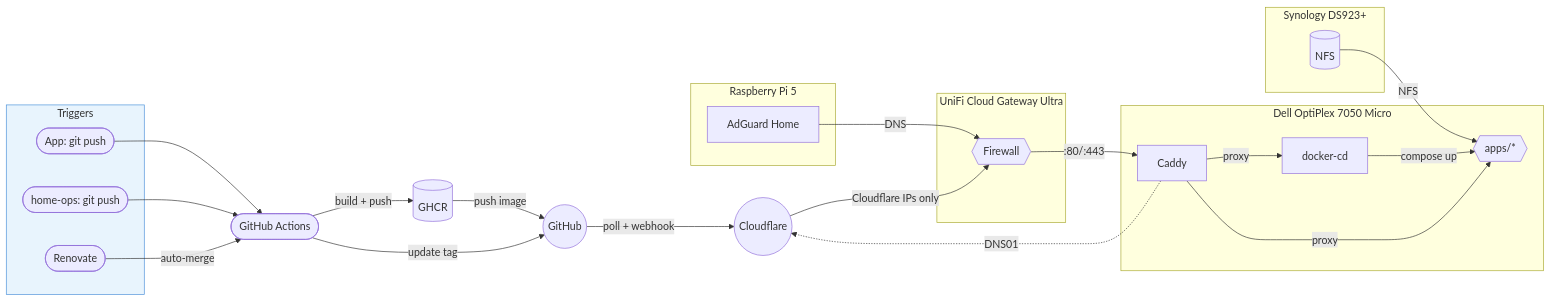
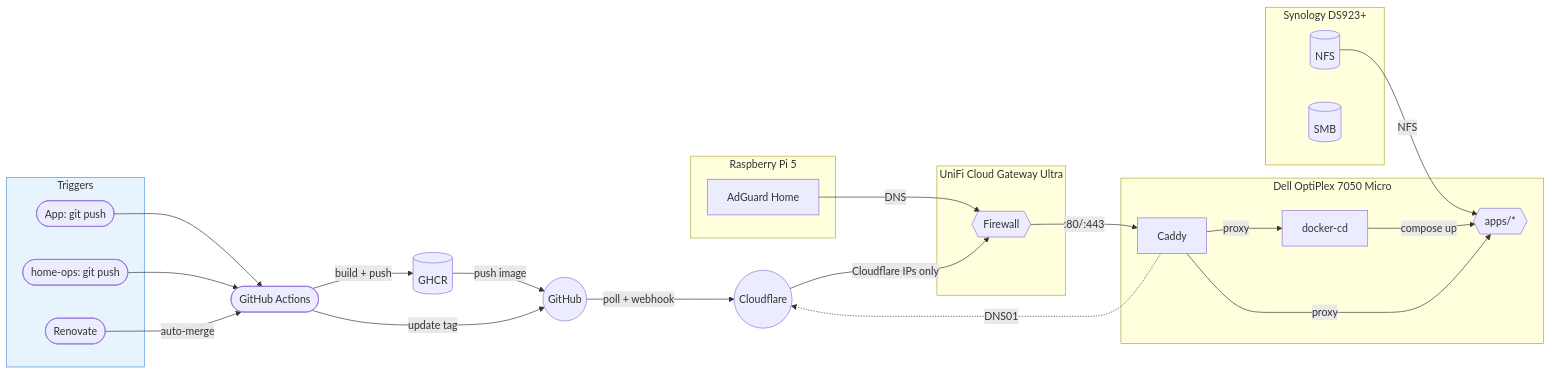
Before and after one commit to wajeht/home-ops: the diagram in README.md, drawn with Mermaid.

Commit message:
docs: add SMB share to network diagram

````diff
--- a/README.md
+++ b/README.md
@@ -16,38 +16,39 @@
 ```mermaid
 flowchart LR
     subgraph triggers[Triggers]
         app_push([App: git push])
         ops_push([home-ops: git push])
         renovate([Renovate])
     end
 
     app_push --> ci([GitHub Actions]) -->|build + push| ghcr[(GHCR)]
     ghcr -->|push image| github((GitHub))
     ci -->|update tag| github
     ops_push --> ci
     renovate -->|auto-merge| ci
     github -->|poll + webhook| cf((Cloudflare)) -->|Cloudflare IPs only| unifi -->|:80/:443| caddy -->|proxy| docker_cd
 
     subgraph dell[Dell OptiPlex 7050 Micro]
         docker_cd[docker-cd] -->|compose up| apps{{apps/*}}
         caddy[Caddy] -->|proxy| apps
     end
 
     subgraph nas[Synology DS923+]
         nfs[(NFS)]
+        smb[(SMB)]
     end
 
     subgraph ucg[UniFi Cloud Gateway Ultra]
         unifi{{Firewall}}
     end
 
     subgraph pi[Raspberry Pi 5]
         adguard[AdGuard Home]
     end
 
     nfs -->|NFS| apps
     adguard -->|DNS| unifi
     caddy -.->|DNS01| cf
 
     style triggers fill:#e8f4fd,stroke:#4a90d9
 ```
````
